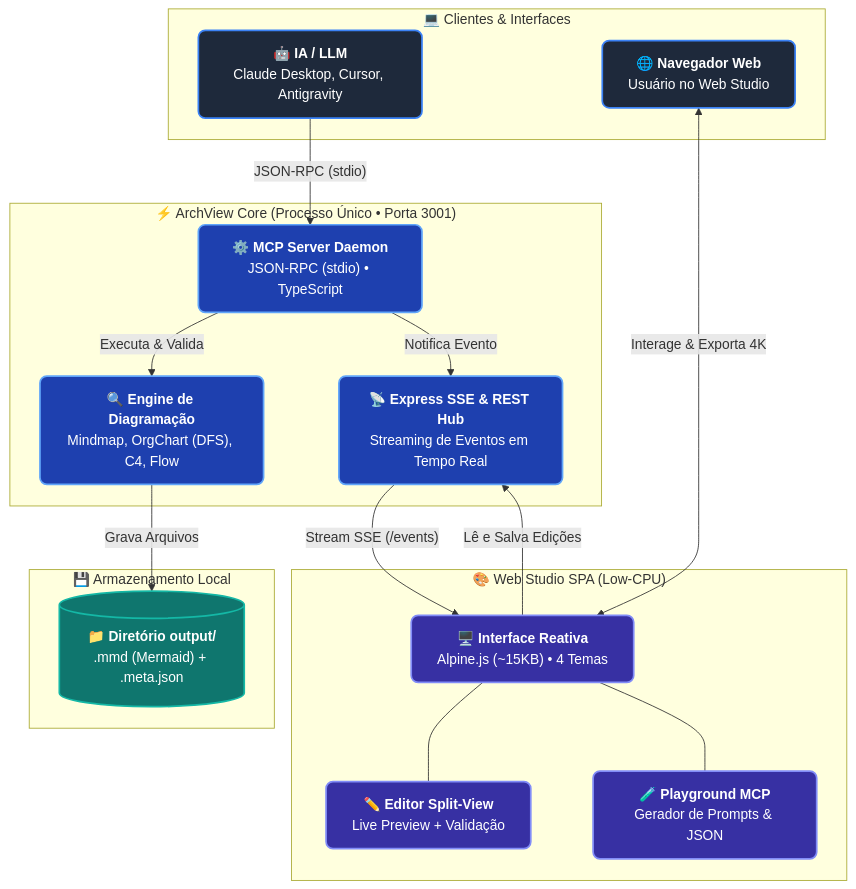
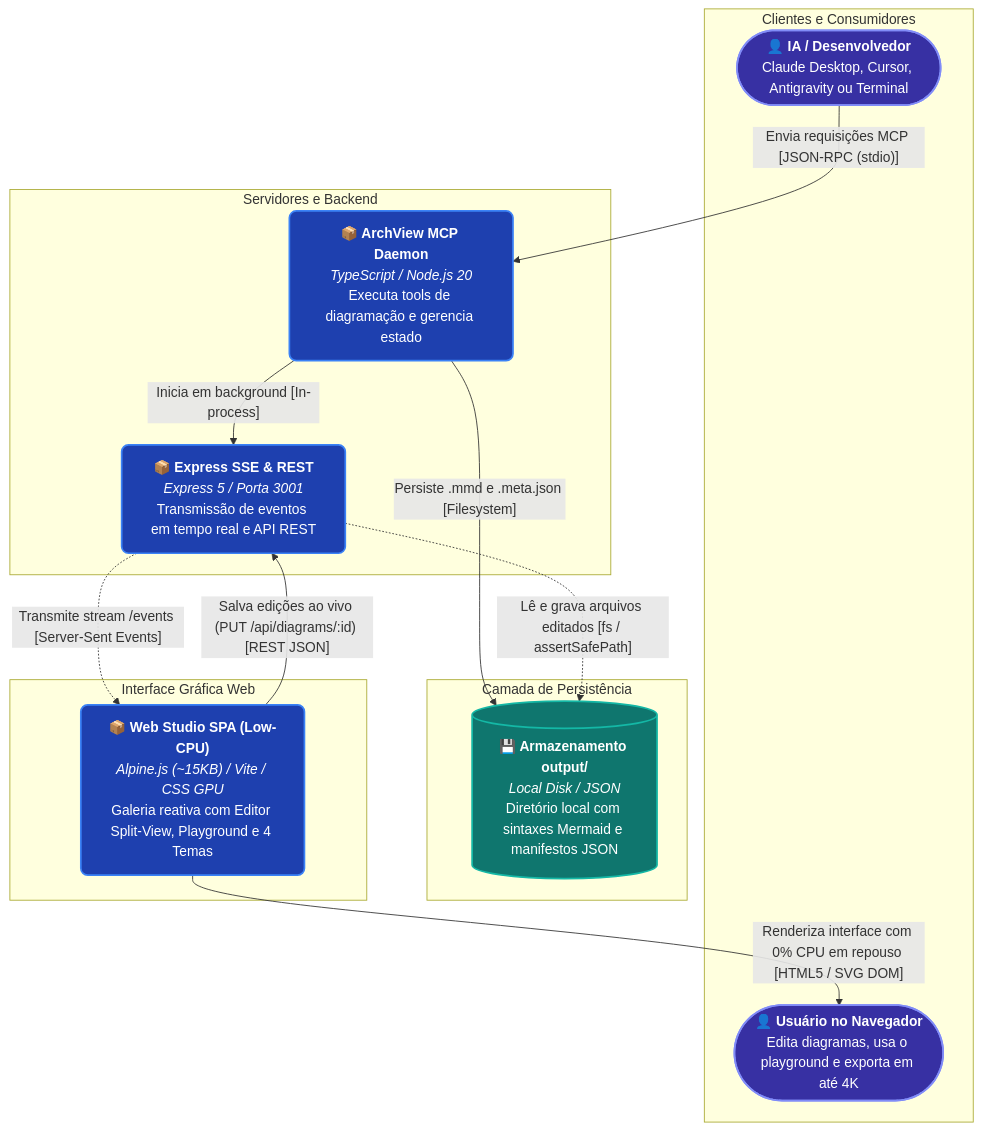
Before and after one commit to 70gurupia/archview: the diagram in output/self-doc-architecture.mmd, drawn with Mermaid. The commit also changed 16 other files, not shown here.

```diff
--- a/output/self-doc-architecture.mmd
+++ b/output/self-doc-architecture.mmd
@@ -1,41 +1,39 @@
 flowchart TD
-  subgraph Clients[" 💻 Clientes & Interfaces "]
-    ai["🤖 <b>IA / LLM</b><br/>Claude Desktop, Cursor, Antigravity"]
-    browser["🌐 <b>Navegador Web</b><br/>Usuário no Web Studio"]
+  subgraph sg_1[" Clientes e Consumidores "]
+    ai_client(["<b>👤 IA / Desenvolvedor</b><br/>Claude Desktop, Cursor, Antigravity ou Terminal"])
+    browser_user(["<b>👤 Usuário no Navegador</b><br/>Edita diagramas, usa o playground e exporta em até 4K"])
   end
 
-  subgraph Core[" ⚡ ArchView Core (Processo Único • Porta 3001) "]
-    mcp["⚙️ <b>MCP Server Daemon</b><br/>JSON-RPC (stdio) • TypeScript"]
-    sse["📡 <b>Express SSE & REST Hub</b><br/>Streaming de Eventos em Tempo Real"]
-    engine["🔍 <b>Engine de Diagramação</b><br/>Mindmap, OrgChart (DFS), C4, Flow"]
+  subgraph sg_2[" Servidores e Backend "]
+    mcp_server["<b>📦 ArchView MCP Daemon</b><br/><i>TypeScript / Node.js 20</i><br/>Executa tools de diagramação e gerencia estado"]
+    sse_server["<b>📦 Express SSE & REST</b><br/><i>Express 5 / Porta 3001</i><br/>Transmissão de eventos em tempo real e API REST"]
   end
 
-  subgraph Storage[" 💾 Armazenamento Local "]
-    disk[("📁 <b>Diretório output/</b><br/>.mmd (Mermaid) + .meta.json")]
+  subgraph sg_3[" Camada de Persistência "]
+    storage[("<b>💾 Armazenamento output/</b><br/><i>Local Disk / JSON</i><br/>Diretório local com sintaxes Mermaid e manifestos JSON")]
   end
 
-  subgraph Studio[" 🎨 Web Studio SPA (Low-CPU) "]
-    spa["🖥️ <b>Interface Reativa</b><br/>Alpine.js (~15KB) • 4 Temas"]
-    editor["✏️ <b>Editor Split-View</b><br/>Live Preview + Validação"]
-    play["🧪 <b>Playground MCP</b><br/>Gerador de Prompts & JSON"]
+  subgraph sg_4[" Interface Gráfica Web "]
+    web_studio["<b>📦 Web Studio SPA (Low-CPU)</b><br/><i>Alpine.js (~15KB) / Vite / CSS GPU</i><br/>Galeria reativa com Editor Split-View, Playground e 4 Temas"]
   end
 
-  ai -->|"JSON-RPC (stdio)"| mcp
-  mcp -->|"Executa & Valida"| engine
-  engine -->|"Grava Arquivos"| disk
-  mcp -->|"Notifica Evento"| sse
-  sse -->|"Stream SSE (/events)"| spa
-  spa -->|"Lê e Salva Edições"| sse
-  browser <-->|"Interage & Exporta 4K"| spa
-  spa --- editor
-  spa --- play
+  ai_client -->|"Envia requisições MCP [JSON-RPC (stdio)]"| mcp_server
+  mcp_server -->|"Inicia em background [In-process]"| sse_server
+  mcp_server -->|"Persiste .mmd e .meta.json [Filesystem]"| storage
+  sse_server -.->|"Lê e grava arquivos editados [fs / assertSafePath]"| storage
+  sse_server -.->|"Transmite stream /events [Server-Sent Events]"| web_studio
+  web_studio -->|"Renderiza interface com 0% CPU em repouso [HTML5 / SVG DOM]"| browser_user
+  web_studio -->|"Salva edições ao vivo (PUT /api/diagrams/:id) [REST JSON]"| sse_server
 
-  classDef clientBox fill:#1E293B,stroke:#3B82F6,stroke-width:2px,color:#FFFFFF,rx:8px,ry:8px;
-  classDef coreBox fill:#1E40AF,stroke:#60A5FA,stroke-width:2px,color:#FFFFFF,rx:8px,ry:8px;
-  classDef storeBox fill:#0F766E,stroke:#14B8A6,stroke-width:2px,color:#FFFFFF,rx:8px,ry:8px;
-  classDef studioBox fill:#3730A3,stroke:#818CF8,stroke-width:2px,color:#FFFFFF,rx:8px,ry:8px;
-
-  class ai,browser clientBox;
-  class mcp,sse,engine coreBox;
-  class disk storeBox;
-  class spa,editor,play studioBox;
+  classDef default fill:#F8FAFC,stroke:#64748B,stroke-width:1.5px,color:#1E293B,rx:8px,ry:8px;
+  classDef primary fill:#1E40AF,stroke:#3B82F6,stroke-width:2px,color:#FFFFFF,rx:8px,ry:8px;
+  classDef success fill:#0F766E,stroke:#14B8A6,stroke-width:2px,color:#FFFFFF,rx:8px,ry:8px;
+  classDef accent fill:#3730A3,stroke:#818CF8,stroke-width:2px,color:#FFFFFF,rx:8px,ry:8px;
+  classDef warning fill:#D97706,stroke:#F59E0B,stroke-width:2px,color:#FFFFFF,rx:8px,ry:8px;
+  classDef danger fill:#B91C1C,stroke:#EF4444,stroke-width:2px,color:#FFFFFF,rx:8px,ry:8px;
+  class ai_client accent;
+  class browser_user accent;
+  class mcp_server primary;
+  class sse_server primary;
+  class storage success;
+  class web_studio primary;
```
